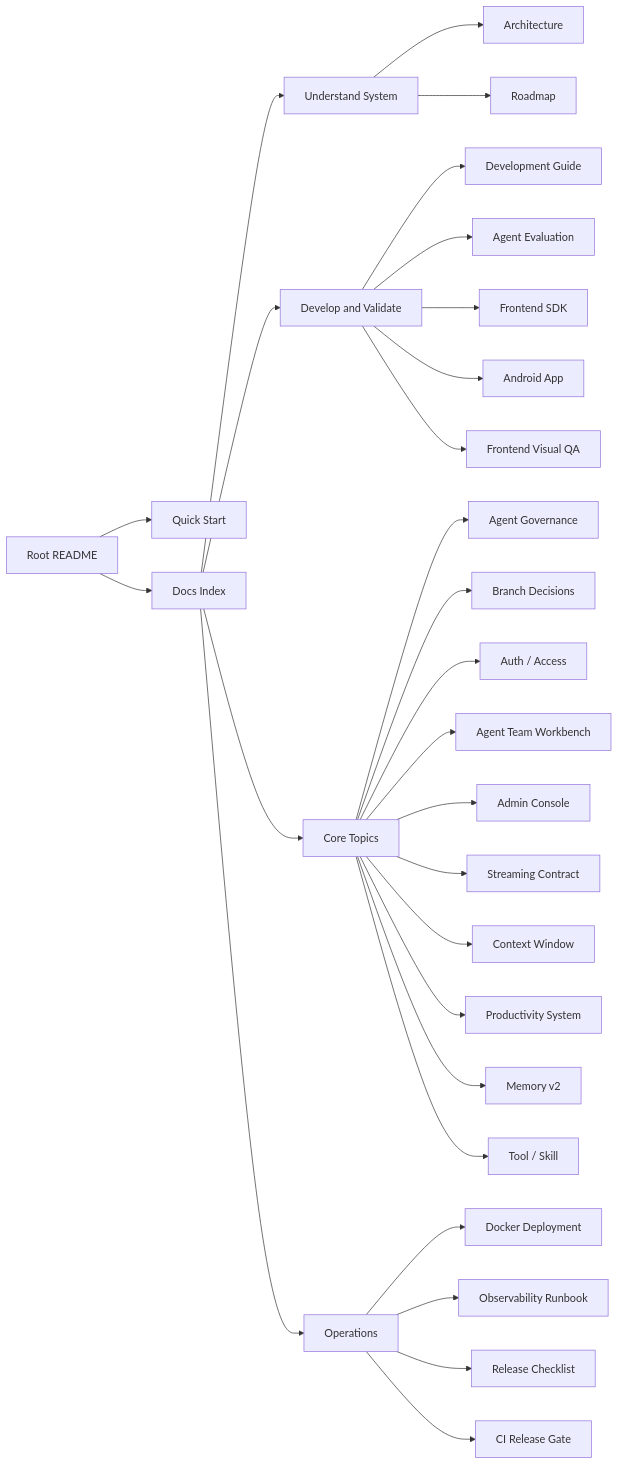
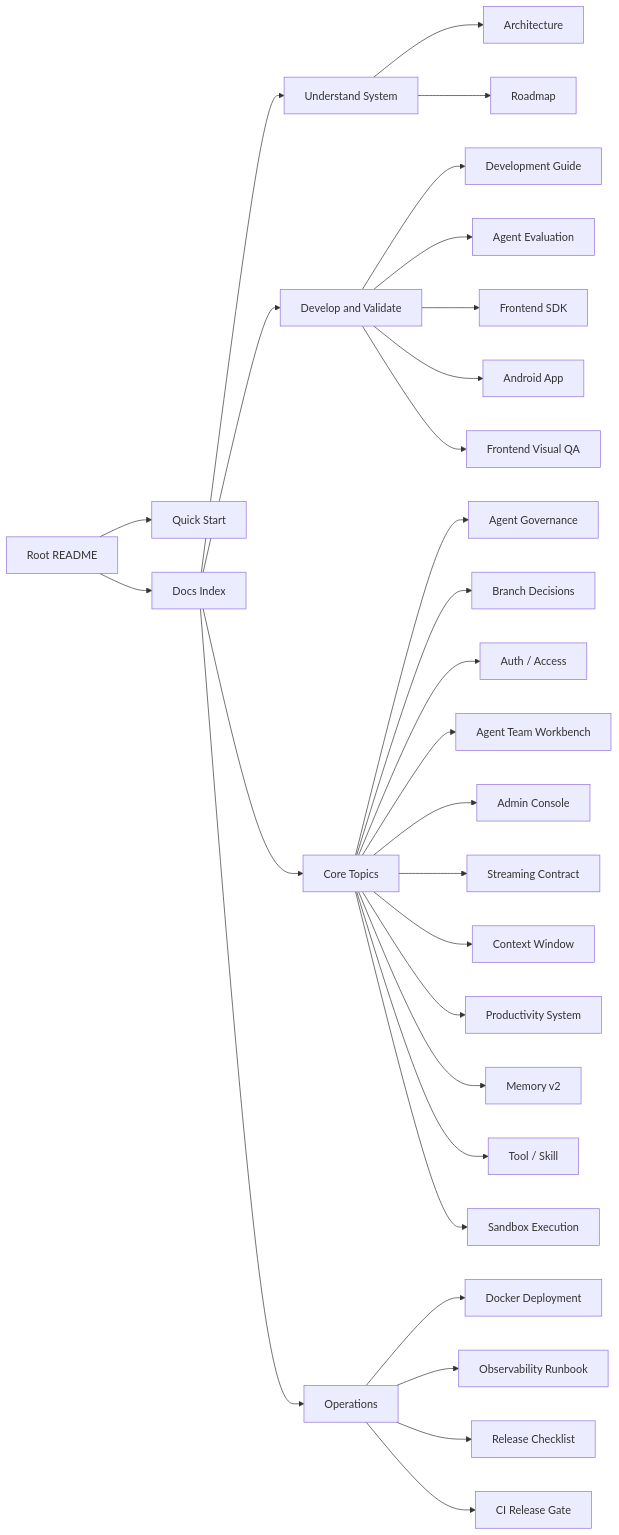
One commit to William-zgx/focus-agent changed the diagram in docs/README.md. Above: the diagram before and after it, drawn with Mermaid. The commit also changed other lines of this file and 15 other files, not shown here.

Commit message:
Update sandbox execution documentation

````diff
--- a/docs/README.md
+++ b/docs/README.md
@@ -9,30 +9,31 @@
 ```mermaid
 flowchart LR
     README["Root README"] --> Quick["Quick Start"]
     README --> Docs["Docs Index"]
     Docs --> Understand["Understand System"]
     Docs --> Develop["Develop and Validate"]
     Docs --> Topics["Core Topics"]
     Docs --> Ops["Operations"]
     Understand --> Architecture["Architecture"]
     Understand --> Roadmap["Roadmap"]
     Develop --> DevGuide["Development Guide"]
     Develop --> EvalGuide["Agent Evaluation"]
     Develop --> SDK["Frontend SDK"]
     Develop --> Android["Android App"]
     Develop --> FrontendQA["Frontend Visual QA"]
     Topics --> Governance["Agent Governance"]
     Topics --> BranchDecision["Branch Decisions"]
     Topics --> AuthAccess["Auth / Access"]
     Topics --> AgentTeam["Agent Team Workbench"]
     Topics --> Admin["Admin Console"]
     Topics --> Streaming["Streaming Contract"]
     Topics --> ContextWindow["Context Window"]
     Topics --> Productivity["Productivity System"]
     Topics --> Memory["Memory v2"]
     Topics --> Tools["Tool / Skill"]
+    Topics --> Sandbox["Sandbox Execution"]
     Ops --> Docker["Docker Deployment"]
     Ops --> Observability["Observability Runbook"]
     Ops --> Release["Release Checklist"]
     Ops --> CIGate["CI Release Gate"]
 ```
````
